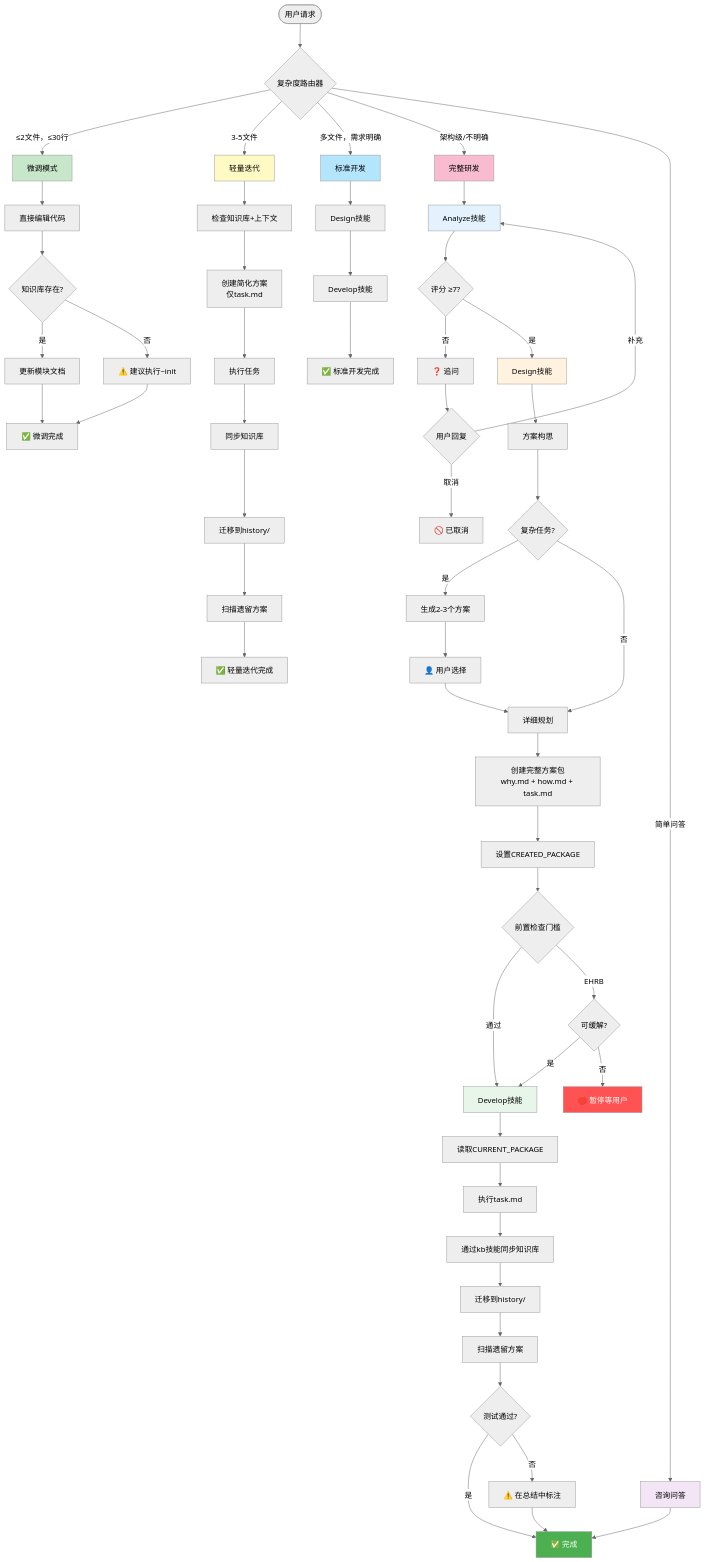
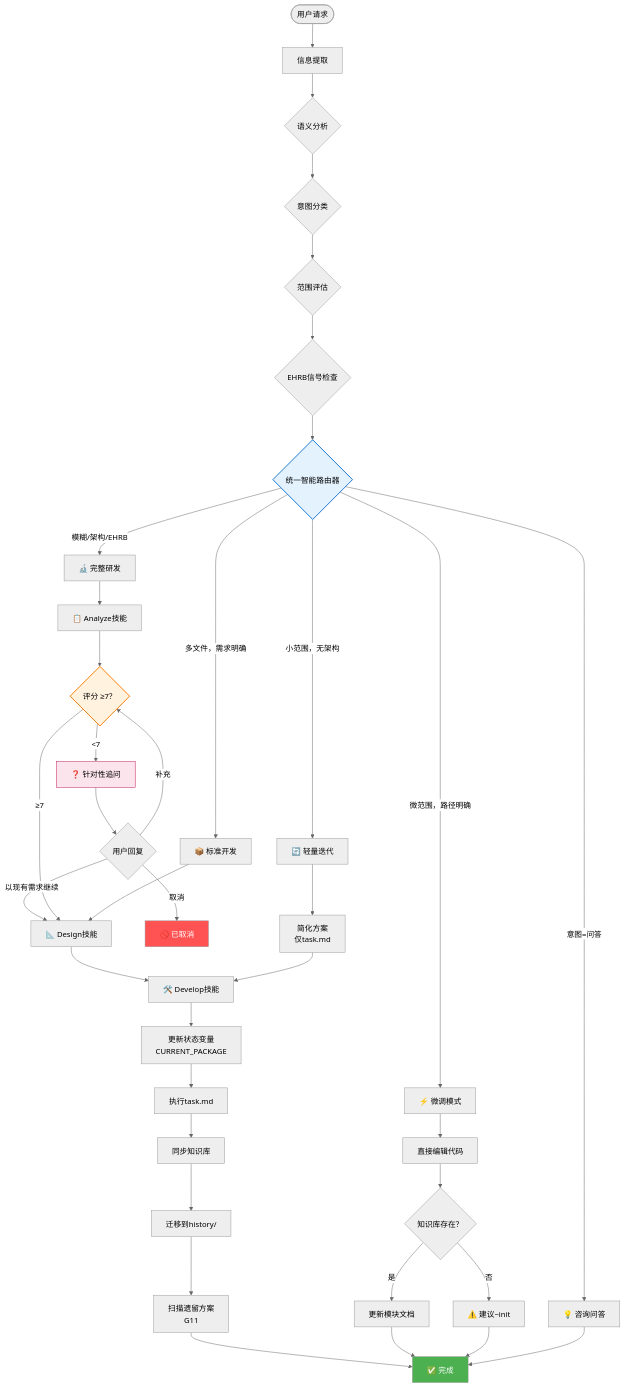
Before and after one commit to hellowind777/helloagents: the diagram in README_CN.md, drawn with Mermaid (neutral theme). The commit also changed other lines of this file and 5 other files, not shown here.

````diff
--- a/README_CN.md
+++ b/README_CN.md
@@ -208,76 +220,55 @@
 ```mermaid
 flowchart TD
-    Start([用户请求]) --> Router{复杂度路由器}
+    Start([用户请求]) --> Extract[信息提取]
 
-    Router -->|"≤2文件，≤30行"| QuickFix[微调模式]
-    Router -->|"3-5文件"| LightIter[轻量迭代]
-    Router -->|"多文件，需求明确"| StdDev[标准开发]
-    Router -->|"架构级/不明确"| FullRD[完整研发]
-    Router -->|"简单问答"| QA[咨询问答]
+    Extract --> Semantic{语义分析}
+    Semantic --> Intent{意图分类}
+    Intent --> Scope{范围评估}
+    Scope --> EHRB{EHRB信号检查}
+
+    EHRB --> Router{统一智能路由器}
+
+    Router -->|"意图=问答"| QA[💡 咨询问答]
+    Router -->|"微范围，路径明确"| QuickFix[⚡ 微调模式]
+    Router -->|"小范围，无架构"| LightIter[🔄 轻量迭代]
+    Router -->|"多文件，需求明确"| StdDev[📦 标准开发]
+    Router -->|"模糊/架构/EHRB"| FullRD[🔬 完整研发]
+
+    FullRD --> Analyze[📋 Analyze技能]
+    Analyze --> Scoring{评分 ≥7？}
+
+    Scoring -->|"<7"| FollowUp[❓ 针对性追问]
+    FollowUp --> UserResp{用户回复}
+    UserResp -->|"补充"| Scoring
+    UserResp -->|"以现有需求继续"| Design
+    UserResp -->|"取消"| Cancelled[🚫 已取消]
+
+    Scoring -->|"≥7"| Design[📐 Design技能]
+    Design --> Develop[🛠️ Develop技能]
+
+    StdDev --> Design
+    LightIter --> SimplePlan[简化方案<br/>仅task.md]
+    SimplePlan --> Develop
 
     QuickFix --> DirectEdit[直接编辑代码]
-    DirectEdit --> QuickKB{知识库存在?}
-    QuickKB -->|是| UpdateModule[更新模块文档]
-    QuickKB -->|否| WarnInit[⚠️ 建议执行~init]
-    UpdateModule --> QFDone[✅ 微调完成]
-    WarnInit --> QFDone
+    DirectEdit --> KBCheck{知识库存在？}
+    KBCheck -->|是| UpdateKB[更新模块文档]
+    KBCheck -->|否| WarnInit[⚠️ 建议~init]
 
-    LightIter --> LICheck[检查知识库+上下文]
-    LICheck --> LICreate[创建简化方案<br/>仅task.md]
-    LICreate --> LIExec[执行任务]
-    LIExec --> LISync[同步知识库]
-    LISync --> LIMigrate[迁移到history/]
-    LIMigrate --> LIScan[扫描遗留方案]
-    LIScan --> LIDone[✅ 轻量迭代完成]
+    Develop --> StateUpdate[更新状态变量<br/>CURRENT_PACKAGE]
+    StateUpdate --> Execute[执行task.md]
+    Execute --> SyncKB[同步知识库]
+    SyncKB --> Migrate[迁移到history/]
+    Migrate --> ScanLegacy[扫描遗留方案<br/>G11]
 
-    StdDev --> SDDesign[Design技能]
-    SDDesign --> SDDevelop[Develop技能]
-    SDDevelop --> SDDone[✅ 标准开发完成]
+    ScanLegacy --> Done[✅ 完成]
+    UpdateKB --> Done
+    WarnInit --> Done
+    QA --> Done
 
-    FullRD --> Analyze[Analyze技能]
-    Analyze --> Score{评分 ≥7?}
-    Score -->|否| Ask[❓ 追问]
-    Score -->|是| Design[Design技能]
-
-    Ask --> UserResp{用户回复}
-    UserResp -->|补充| Analyze
-    UserResp -->|取消| End1[🚫 已取消]
-
-    Design --> Conception[方案构思]
-    Conception --> Complex{复杂任务?}
-    Complex -->|是| MultiSol[生成2-3个方案]
-    Complex -->|否| Detailed[详细规划]
-    MultiSol --> Select[👤 用户选择]
-    Select --> Detailed
-    Detailed --> CreatePkg[创建完整方案包<br/>why.md + how.md + task.md]
-    CreatePkg --> SetVar[设置CREATED_PACKAGE]
-
-    SetVar --> Gate{前置检查门槛}
-    Gate -->|通过| Develop[Develop技能]
-    Gate -->|EHRB| Mitigate{可缓解?}
-    Mitigate -->|是| Develop
-    Mitigate -->|否| Halt[🛑 暂停等用户]
-
-    Develop --> ReadPkg[读取CURRENT_PACKAGE]
-    ReadPkg --> ExecTasks[执行task.md]
-    ExecTasks --> SyncKB[通过kb技能同步知识库]
-    SyncKB --> Migrate[迁移到history/]
-    Migrate --> ScanLegacy[扫描遗留方案]
-    ScanLegacy --> Test{测试通过?}
-    Test -->|是| Done[✅ 完成]
-    Test -->|否| Warn[⚠️ 在总结中标注]
-
-    QA --> Done
-    Warn --> Done
-
-    style QuickFix fill:#c8e6c9
-    style LightIter fill:#fff9c4
-    style StdDev fill:#b3e5fc
-    style FullRD fill:#f8bbd0
-    style QA fill:#f3e5f5
-    style Analyze fill:#e3f2fd
-    style Design fill:#fff3e0
-    style Develop fill:#e8f5e9
-    style Halt fill:#ff5252,color:#fff
+    style Router fill:#e3f2fd,stroke:#1976d2,stroke-width:2px
+    style Scoring fill:#fff3e0,stroke:#f57c00,stroke-width:2px
+    style FollowUp fill:#fce4ec,stroke:#c2185b
     style Done fill:#4caf50,color:#fff
+    style Cancelled fill:#ff5252,color:#fff
 ```
````
